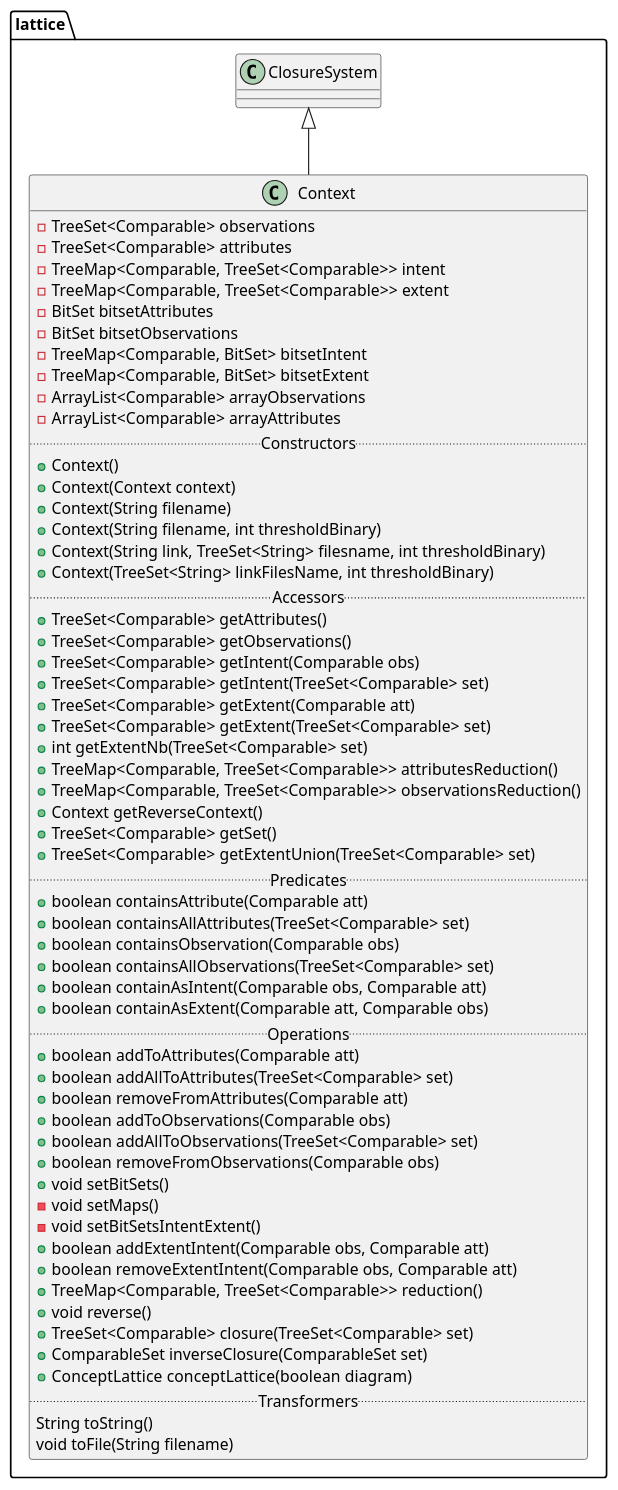
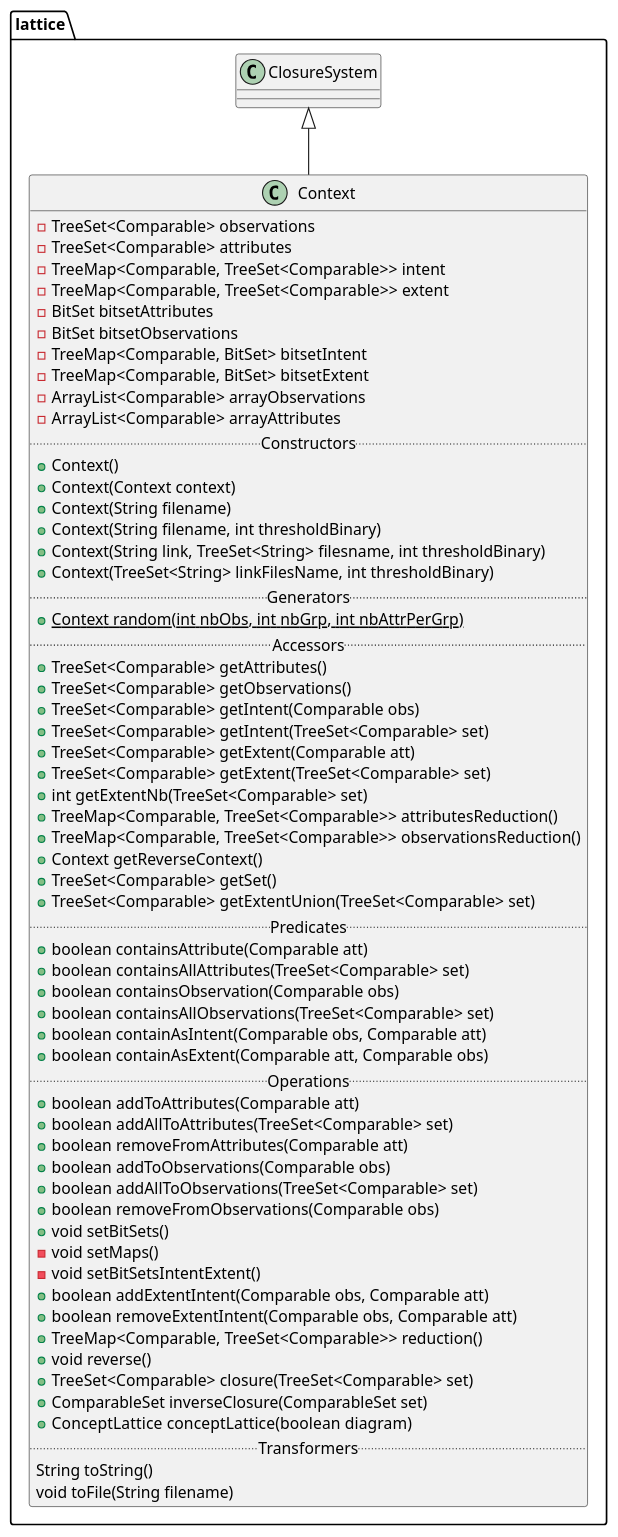
The diagram in src/lattice/Context.iuml (thegalactic/java-lattices), drawn with PlantUML before and after one commit. The commit also changed 4 other files, not shown here.

Commit message:
Add missing tests to ClosureSystem 	* there is a strange behaviour on some tests Add random method in Context.java 	* Update Context.iuml 	* Add test Update ChangeLog

```diff
--- a/src/lattice/Context.iuml
+++ b/src/lattice/Context.iuml
@@ -1,63 +1,65 @@
 package lattice {
     class Context {
         -TreeSet<Comparable> observations
         -TreeSet<Comparable> attributes
         -TreeMap<Comparable, TreeSet<Comparable>> intent
         -TreeMap<Comparable, TreeSet<Comparable>> extent
         -BitSet bitsetAttributes
         -BitSet bitsetObservations
         -TreeMap<Comparable, BitSet> bitsetIntent
         -TreeMap<Comparable, BitSet> bitsetExtent
         -ArrayList<Comparable> arrayObservations
         -ArrayList<Comparable> arrayAttributes
         .. Constructors ..
         +Context()
         +Context(Context context)
         +Context(String filename)
         +Context(String filename, int thresholdBinary)
         +Context(String link, TreeSet<String> filesname, int thresholdBinary)
         +Context(TreeSet<String> linkFilesName, int thresholdBinary)
+        .. Generators ..
+        {static}+Context random(int nbObs, int nbGrp, int nbAttrPerGrp)
         .. Accessors ..
         +TreeSet<Comparable> getAttributes()
         +TreeSet<Comparable> getObservations()
         +TreeSet<Comparable> getIntent(Comparable obs)
         +TreeSet<Comparable> getIntent(TreeSet<Comparable> set)
         +TreeSet<Comparable> getExtent(Comparable att)
         +TreeSet<Comparable> getExtent(TreeSet<Comparable> set)
         +int getExtentNb(TreeSet<Comparable> set)
         +TreeMap<Comparable, TreeSet<Comparable>> attributesReduction()
         +TreeMap<Comparable, TreeSet<Comparable>> observationsReduction()
         +Context getReverseContext()
         +TreeSet<Comparable> getSet()
         +TreeSet<Comparable> getExtentUnion(TreeSet<Comparable> set)
         .. Predicates ..
         +boolean containsAttribute(Comparable att)
         +boolean containsAllAttributes(TreeSet<Comparable> set)
         +boolean containsObservation(Comparable obs)
         +boolean containsAllObservations(TreeSet<Comparable> set)
         +boolean containAsIntent(Comparable obs, Comparable att)
         +boolean containAsExtent(Comparable att, Comparable obs)
         .. Operations ..
         +boolean addToAttributes(Comparable att)
         +boolean addAllToAttributes(TreeSet<Comparable> set)
         +boolean removeFromAttributes(Comparable att)
         +boolean addToObservations(Comparable obs)
         +boolean addAllToObservations(TreeSet<Comparable> set)
         +boolean removeFromObservations(Comparable obs)
         +void setBitSets()
         -void setMaps()
         -void setBitSetsIntentExtent()
         +boolean addExtentIntent(Comparable obs, Comparable att)
         +boolean removeExtentIntent(Comparable obs, Comparable att)
         +TreeMap<Comparable, TreeSet<Comparable>> reduction()
         +void reverse()
         +TreeSet<Comparable> closure(TreeSet<Comparable> set)
         +ComparableSet inverseClosure(ComparableSet set)
         +ConceptLattice conceptLattice(boolean  diagram)
         .. Transformers ..
         String toString()
         void toFile(String filename)
     }
 
     ClosureSystem <|-- Context
 }
```
